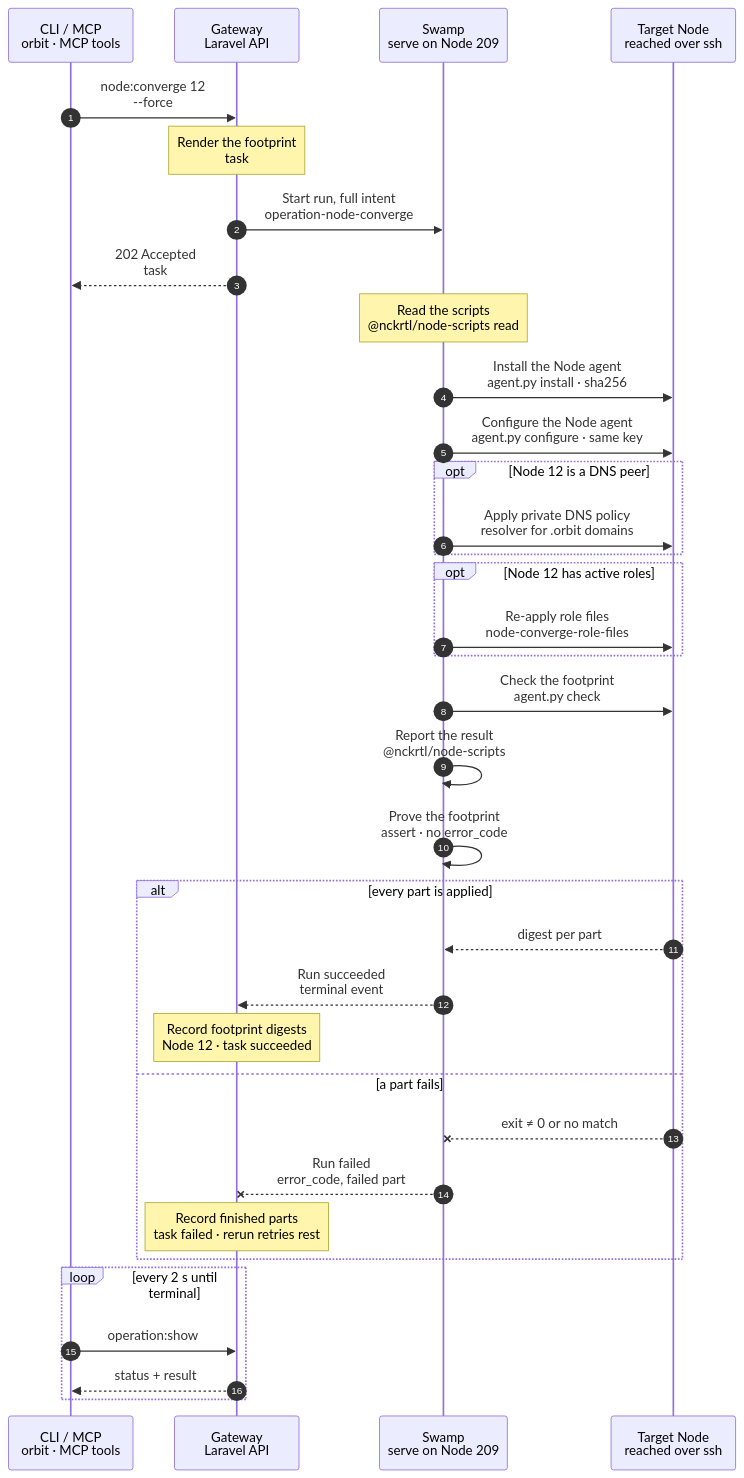
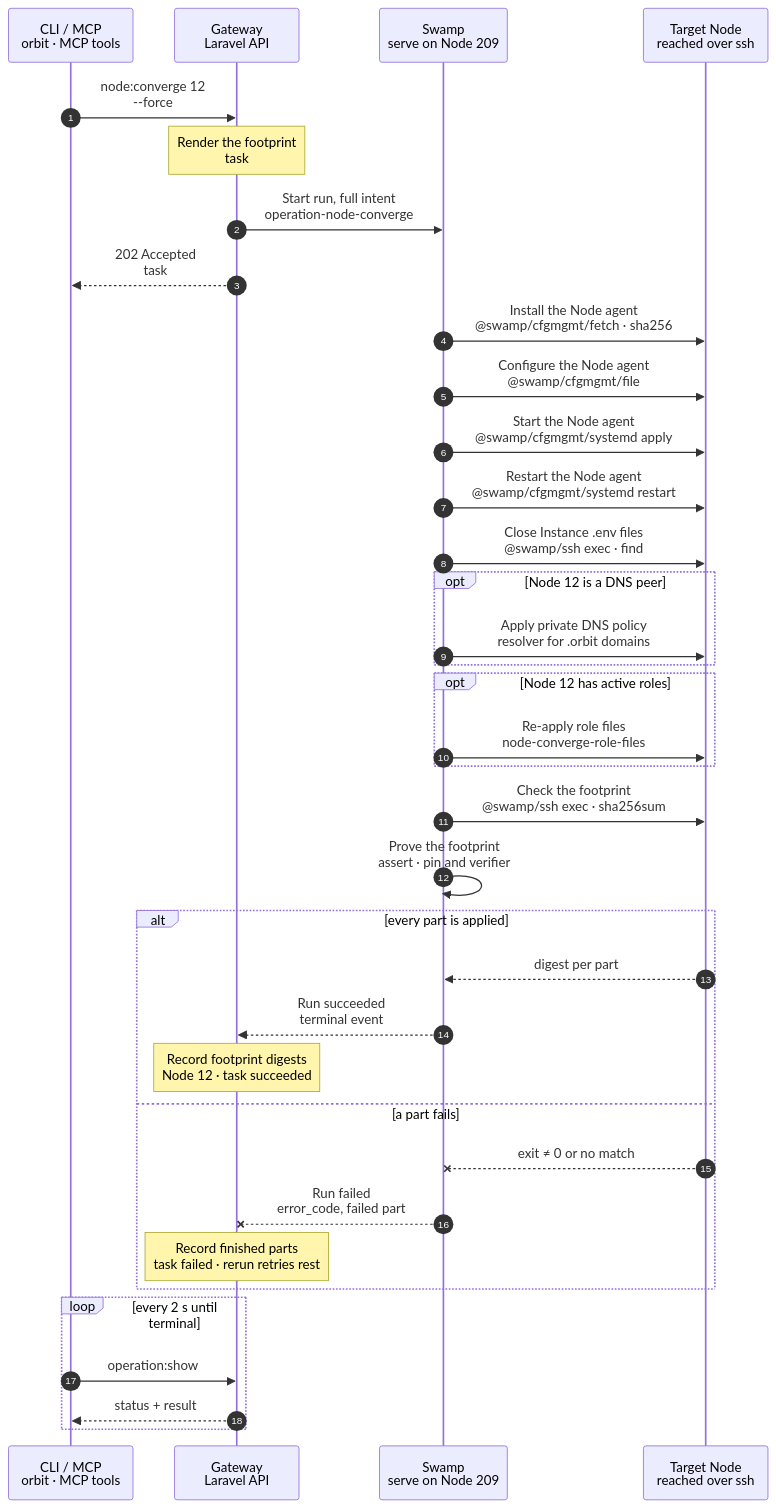
One commit to hardimpactdev/orbit changed the diagram in docs/flows/node.converge.mmd. Above: the diagram before and after it, drawn with Mermaid. The commit also changed 14 other files, not shown here.

First line of the commit message:
refactor(nodes): node.converge installs and configures the agent with cfgmgmt, no shipped script (rule 22)

```diff
--- a/docs/flows/node.converge.mmd
+++ b/docs/flows/node.converge.mmd
@@ -1,149 +1,150 @@
 sequenceDiagram
   %% Target design: ADR 0243/0244 task, DECISIONS R1-R4, agent-observer-swamp-acts, single-swamp-node. docs/reference/node-provisioning.md#converge-the-orbit-footprint.
   %% status: draft
   %% command: node:converge
   autonumber
   %% lane CLI icon=terminal pill=caller tone=gray
   %% lane GW icon=gateway pill=intent tone=blue
   %% lane SW icon=workflow pill=executes tone=green
   %% lane N icon=server pill=target tone=amber
   participant CLI as CLI / MCP<br/>orbit · MCP tools
   participant GW as Gateway<br/>Laravel API
   participant SW as Swamp<br/>serve on Node 209
   participant N as Target Node<br/>reached over ssh
   CLI->>GW: node:converge 12<br/>--force
   %%> Command:
   %%> - `orbit node:converge 12 --force`
   %%> - syntax: `<node> [--force] [--idempotency-key=KEY] [--json]`
   %%> Input:
   %%> - the Node, by id or exact name
   %%> - `--force` re-applies every part, not only the parts whose digest changed
   %%> What it does:
   %%> - re-applies Orbit's own files on Node 12: the Node agent, the private DNS client policy, and the files of its active roles
   %%> - never changes an Instance, a Process, a Schedule or a role assignment, so it is safe on a Node that owns Instances
   %%> Who can call it:
   %%> - the `orbit` CLI, the MCP tool, and the fleet rollout send the same request
   Note over GW: Render the footprint<br/>task #5132 · digest per part
   %%> Requirements:
   %%> - your Node has an access grant to Node 12
   %%> - Node 12 is an active, managed Linux Node
   %%> - no other converge or Node agent rekey runs for Node 12; the Gateway holds one lock per Node
   %%> Builds:
   %%> - the pinned `orbit-agent` release and its SHA-256
   %%> - the Node agent configuration, Orbit root certificate and unit
   %%> - the private DNS client policy, when Node 12 is a peer with roles
+  %%> Refuses:
+  %%> - a part the Gateway cannot render, before any run starts
   %%> - the files of each active role, through the shared role steps
   %%> - one digest per part, from the Gateway's own code and pins; no SSH
   %%> Result:
   %%> - task #5132 recorded with the full intent and the parts to apply
   %%> - unchanged parts are left out, unless `--force`
   GW->>SW: Start run, full intent<br/>operation-node-converge
   %%> What it does:
   %%> - starts one Swamp run on serve (Node 209)
   %%> Inputs:
   %%> - the parts to apply, with their files and digests
   %%> - the agent's verifier hash, to check the existing key; never the key
   %%> - Node 12's address and SSH host keys; the SSH identity comes from the `swamp` role
   GW-->>CLI: 202 Accepted<br/>task #5132
   %%> What you get:
   %%> - the task number, at once
   %%> Next:
   %%> - the CLI follows the task with `operation:show`
-  Note over SW: Read the scripts<br/>@nckrtl/node-scripts read
+  SW->>N: Install the Node agent<br/>@swamp/cfgmgmt/fetch · sha256
   %%> What it does:
-  %%> - reads the shipped `agent.py` script and the agent part of the intent on 209
-  %%> - a part the Gateway could not render makes the next step refuse with its code
-  SW->>N: Install the Node agent<br/>agent.py install · sha256
+  %%> - downloads the pinned `orbit-agent` release to `/usr/local/bin/orbit-agent` and checks its SHA-256
+  %%> - a binary that already matches the pin is left alone
+  %%> How:
+  %%> - the official `@swamp/cfgmgmt/fetch` behavior over SSH from 209, with sudo
+  %%> - no `orbit-agent command …`; the agent only observes and runs no actions
+  SW->>N: Configure the Node agent<br/>@swamp/cfgmgmt/file
   %%> What it does:
-  %%> - compares the installed binary with the pin; a match skips the rest of this step
-  %%> - otherwise downloads the release, checks its SHA-256, and swaps it in, keeping `orbit-agent.previous`
-  %%> - other running services of the old binary, such as `plausible`, restart on the new one
-  %%> How:
-  %%> - a shipped script through `@swamp/ssh` from 209, with sudo
-  %%> - no `orbit-agent command …`; the agent only observes and runs no actions
-  SW->>N: Configure the Node agent<br/>agent.py configure · same key
+  %%> - writes `config.toml` and `ca.pem` in `/etc/orbit/agent`, one official `file` behavior each
+  %%> Keeps the key:
+  %%> - never writes `/etc/orbit/agent/secret`; the end check compares it with the recorded verifier
+  SW->>N: Start the Node agent<br/>@swamp/cfgmgmt/systemd apply
   %%> What it does:
-  %%> - writes `config.toml`, `ca.pem` and the `orbit-agent.service` unit in `/etc/orbit/agent`
-  %%> - restarts the agent only when the binary or one of these files changed
-  %%> Keeps the key:
-  %%> - checks that `/etc/orbit/agent/secret` matches the recorded verifier; it never writes a new key
-  %%> - a missing or mismatched key fails this step; `orbit:node-agent-rekey` issues a new one
-  %%> - removes the world bits from `.env` in each Instance checkout under the apps root
-  %%> How:
-  %%> - the same shipped script through `@swamp/ssh` from 209, with sudo
+  %%> - writes the `orbit-agent.service` unit the Gateway rendered, with access to the apps root, then enables and starts it
+  SW->>N: Restart the Node agent<br/>@swamp/cfgmgmt/systemd restart
+  %%> What it does:
+  %%> - restarts the agent so it reads its new binary and files
+  %%> Why always:
+  %%> - this part only runs when its digest changed, or with `--force`
+  SW->>N: Close Instance .env files<br/>@swamp/ssh exec · find
+  %%> What it does:
+  %%> - removes the world bits from `.env` in each Instance checkout under the apps root, in one `find`
+  %%> On failure:
+  %%> - best effort: a checkout that is gone does not fail the converge
   opt Node 12 is a DNS peer
     SW->>N: Apply private DNS policy<br/>resolver for .orbit domains
     %%> When:
     %%> - Node 12 is an active managed peer with roles; not the `vpn` Node and not the Gateway's Node
     %%> What it does:
     %%> - sends the private `.orbit` domains to the Orbit DNS server, with the split DNS policy
     %%> - no WireGuard tunnel restart
   end
   opt Node 12 has active roles
     SW->>N: Re-apply role files<br/>node-converge-role-files
     %%> What it does:
     %%> - runs one child workflow with the fleet recipe's agent-free role steps, only for parts whose digest changed
     %%> Per role:
     %%> - a Caddy role or Caddy sites: Caddy package floor, then the Caddyfile; validates it first and reloads Caddy gracefully
     %%> - `app-dev`, `app-prod`: the managed PHP-FPM module; a graceful reload of valid running masters
     %%> - `app-dev`: the `/etc/tmpfiles.d/orbit.conf` rule for `/tmp/orbit-*` and `/dev/shm/orbit-*`; restarts nothing
     %%> - `vpn`: the private DNS listener, records and catalog; restarts dnsmasq or the listener only for a change, and restores the last good copy when the new one fails its check
     %%> - Route residue: removes the Caddy sites, PHP pools, certificates and LAN rules of removed Routes, best effort
     %%> Checks:
     %%> - each role step checks its own part: Caddy validates the Caddyfile, DNS answers, PHP-FPM masters reload
     %%> Not included:
     %%> - adding or removing a role, and Metrics exporters; those have their own commands
   end
-  SW->>N: Check the footprint<br/>agent.py check
+  SW->>N: Check the footprint<br/>@swamp/ssh exec · sha256sum
   %%> What it does:
-  %%> - checks that `orbit-agent` is active and runs the pinned binary
-  %%> - reads the agent's files back and compares them with their content
+  %%> - reads the SHA-256 of the agent binary and of its key file in one command
   %%> Why:
   %%> - a part only counts as applied when the Node shows it
-  SW->>SW: Report the result<br/>@nckrtl/node-scripts
+  SW->>SW: Prove the footprint<br/>assert · pin and verifier
   %%> What it does:
-  %%> - runs on 209 after every other step, even after a failure
-  %%> - lists each part as applied, unchanged or skipped, from the steps that succeeded
+  %%> - Swamp's native `assert`: the binary is the pin and the key matches the recorded verifier
+  %%> - a missing or mismatched key fails here; `orbit:node-agent-rekey` issues a new one
   %%> Returns:
-  %%> - the result the Gateway reads; it holds no secret
-  SW->>SW: Prove the footprint<br/>assert · no error_code
-  %%> What it does:
-  %%> - fails the run when a part did not apply, so the task fails; the result above stays readable
+  %%> - the end check; the Gateway reads every step's outcome from Swamp's run data
   alt every part is applied
     N-->>SW: digest per part
     %%> Returns:
     %%> - the check passed for every part
     SW-->>GW: Run succeeded<br/>terminal event
     %%> How the Gateway learns it:
     %%> - its shared run reader sees the terminal event; Swamp never calls the Gateway
     Note over GW: Record footprint digests<br/>Node 12 · task succeeded
     %%> Result:
     %%> - the digest of each applied part, and Node 12's footprint digest
     %%> - the fleet rollout sees Node 12 as up to date
     %%> - task #5132 succeeds
   else a part fails
     N--xSW: exit ≠ 0 or no match
     %%> When:
     %%> - a download doesn't match its pin, the Node agent's key doesn't match, Caddy refuses the Caddyfile, or a check fails
     SW--xGW: Run failed<br/>error_code, failed part
     %%> The Gateway reads:
     %%> - which part failed and its error code, and which parts finished before it
     Note over GW: Record finished parts<br/>task failed · rerun retries rest
     %%> Result:
     %%> - the digests of the finished parts are recorded; the failed part keeps its old digest
     %%> - when the role files step fails, every role part keeps its old digest
     %%> - task #5132 fails
     %%> On the Node:
     %%> - finished parts stay; there is no rollback, except the DNS listener's restore of its last good copy
     %%> - the running Node agent keeps its key, so it keeps reporting
     %%> Retry:
     %%> - run the same command again after fixing the cause; it applies only the parts that are still different
   end
   loop every 2 s until terminal
     CLI->>GW: operation:show #5132
     %%> What it does:
     %%> - asks for the task's status every 2 seconds until it has ended
     GW-->>CLI: status + result
     %%> Returns:
     %%> - the current status, and the result once the task has ended
   end
```
